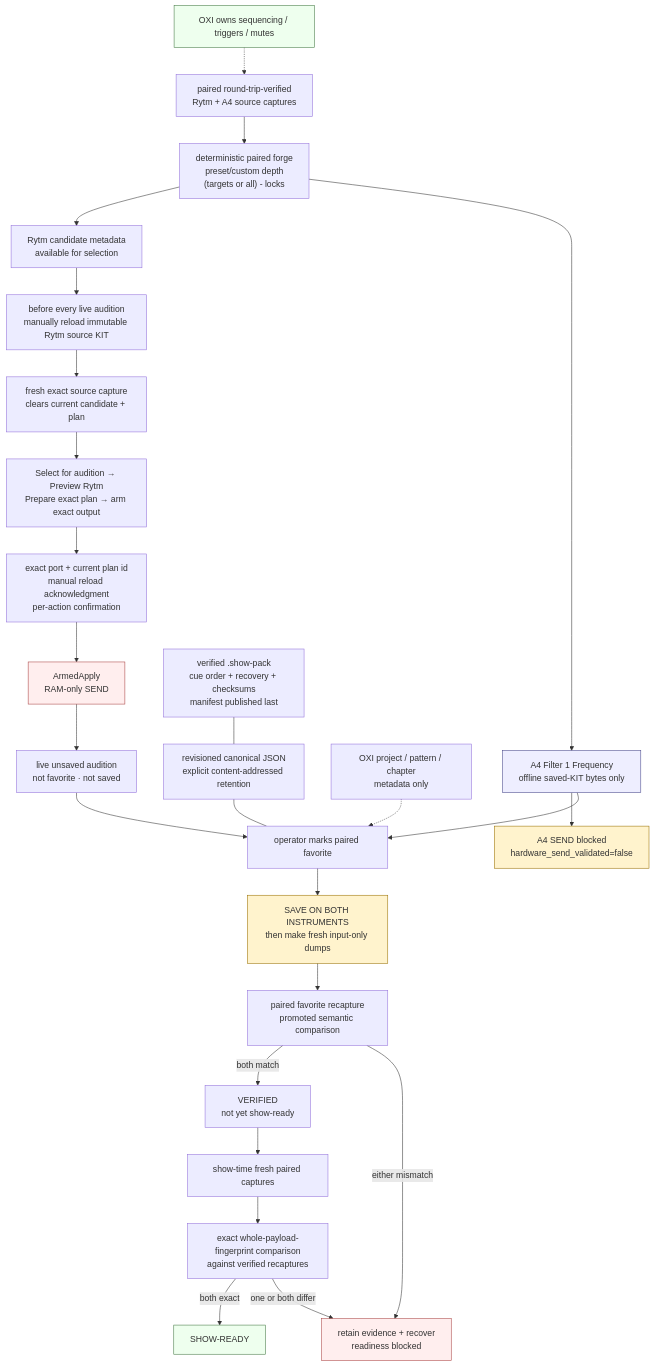
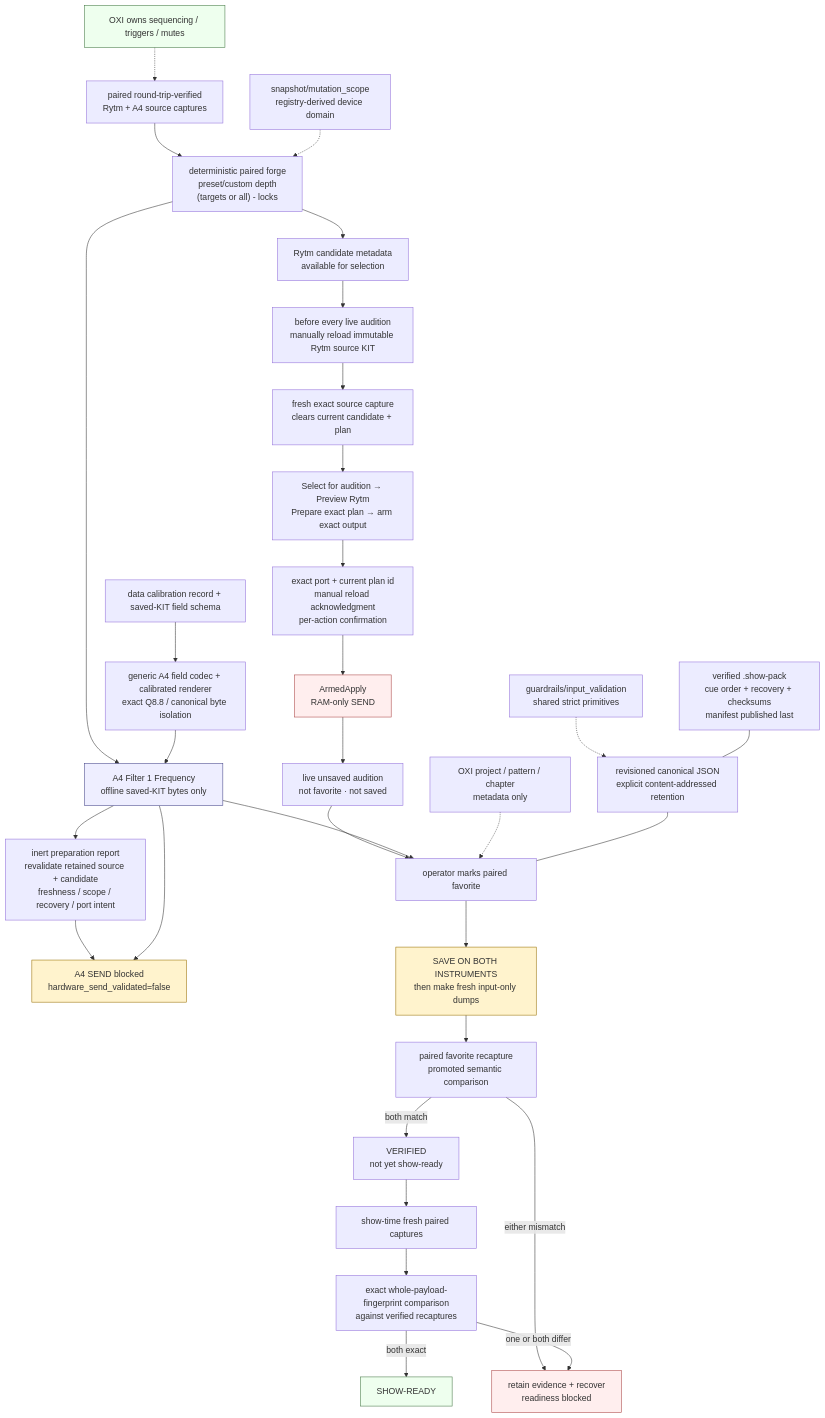
Diagram 36 of 36 in docs/ARCHITECTURE_DIAGRAMS.md (buzzijose-hub/RytmRandomizer), drawn with Mermaid before and after one commit. The commit also changed other lines of this file and 39 other files, not shown here.

Commit message:
Close Show Kit Forge review gaps and add inert A4 preparation

````diff
--- a/docs/ARCHITECTURE_DIAGRAMS.md
+++ b/docs/ARCHITECTURE_DIAGRAMS.md
@@ -3174,40 +3174,46 @@
 ```mermaid
 flowchart TD
     Pair["paired round-trip-verified<br/>Rytm + A4 source captures"] --> Forge["deterministic paired forge<br/>preset/custom depth<br/>(targets or all) - locks"]
 
     Forge --> RytmCandidate["Rytm candidate metadata<br/>available for selection"]
     RytmCandidate --> SourceReload["before every live audition<br/>manually reload immutable Rytm source KIT"]
     SourceReload --> SourceCapture["fresh exact source capture<br/>clears current candidate + plan"]
     SourceCapture --> Reselect["Select for audition → Preview Rytm<br/>Prepare exact plan → arm exact output"]
     Reselect --> ExactConfirm["exact port + current plan id<br/>manual reload acknowledgment<br/>per-action confirmation"]
     ExactConfirm --> ArmedApply["ArmedApply<br/>RAM-only SEND"]
     ArmedApply --> LiveUnsaved["live unsaved audition<br/>not favorite · not saved"]
 
     Forge --> A4Candidate["A4 Filter 1 Frequency<br/>offline saved-KIT bytes only"]
+    Calibration["data calibration record + saved-KIT field schema"] --> FieldCodec["generic A4 field codec + calibrated renderer<br/>exact Q8.8 / canonical byte isolation"]
+    FieldCodec --> A4Candidate
+    Validation["guardrails/input_validation<br/>shared strict primitives"] -.-> Store
+    Domains["snapshot/mutation_scope<br/>registry-derived device domain"] -.-> Forge
+    A4Candidate --> A4Preparation["inert preparation report<br/>revalidate retained source + candidate<br/>freshness / scope / recovery / port intent"]
+    A4Preparation --> NoA4Send
     A4Candidate --> NoA4Send["A4 SEND blocked<br/>hardware_send_validated=false"]
 
     LiveUnsaved --> Favorite["operator marks paired favorite"]
     A4Candidate --> Favorite
     Favorite --> ManualSave["SAVE ON BOTH INSTRUMENTS<br/>then make fresh input-only dumps"]
     ManualSave --> SemanticVerify["paired favorite recapture<br/>promoted semantic comparison"]
     SemanticVerify -->|"both match"| Verified["VERIFIED<br/>not yet show-ready"]
     SemanticVerify -->|"either mismatch"| Recover["retain evidence + recover<br/>readiness blocked"]
 
     Verified --> FreshCapture["show-time fresh paired captures"]
     FreshCapture --> FullFingerprint["exact whole-payload-fingerprint comparison<br/>against verified recaptures"]
     FullFingerprint -->|"both exact"| ShowReady["SHOW-READY"]
     FullFingerprint -->|"one or both differ"| Recover
 
     Metadata["OXI project / pattern / chapter<br/>metadata only"] -.-> Favorite
     OXI["OXI owns sequencing / triggers / mutes"] -.-> Pair
     Store["revisioned canonical JSON<br/>explicit content-addressed retention"] --- Favorite
     Pack["verified .show-pack<br/>cue order + recovery + checksums<br/>manifest published last"] --- Store
 
     style ArmedApply fill:#fee,stroke:#a44
     style A4Candidate fill:#eef,stroke:#448
     style NoA4Send fill:#fff3cd,stroke:#997000
     style ManualSave fill:#fff3cd,stroke:#997000
     style ShowReady fill:#efe,stroke:#474
     style Recover fill:#fee,stroke:#a44
     style OXI fill:#efe,stroke:#474
 ```
````
